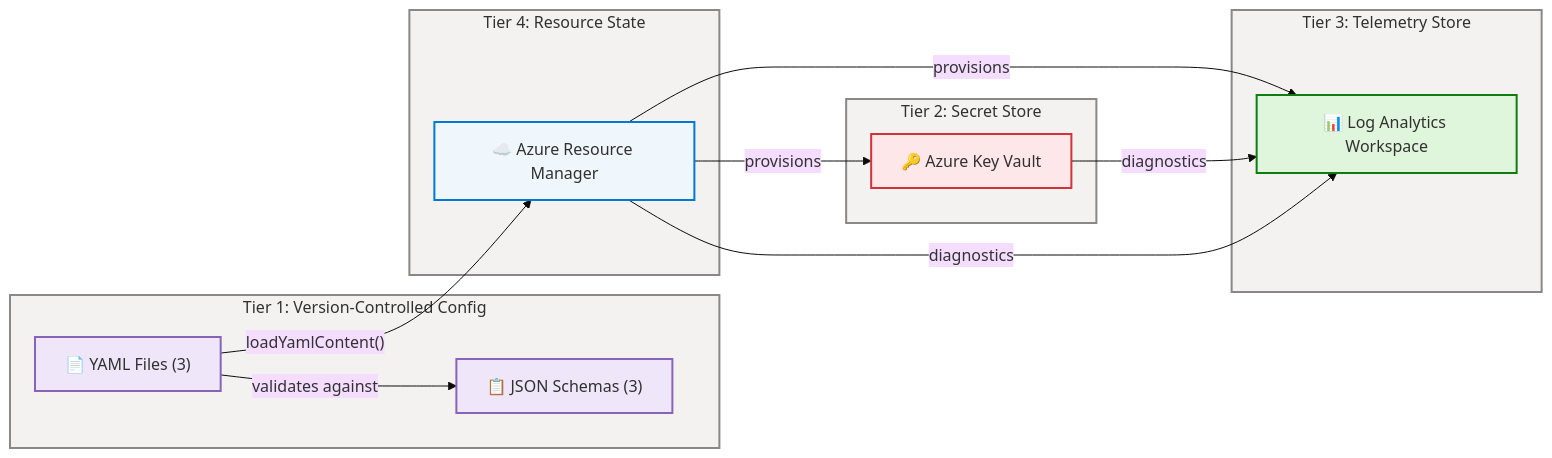
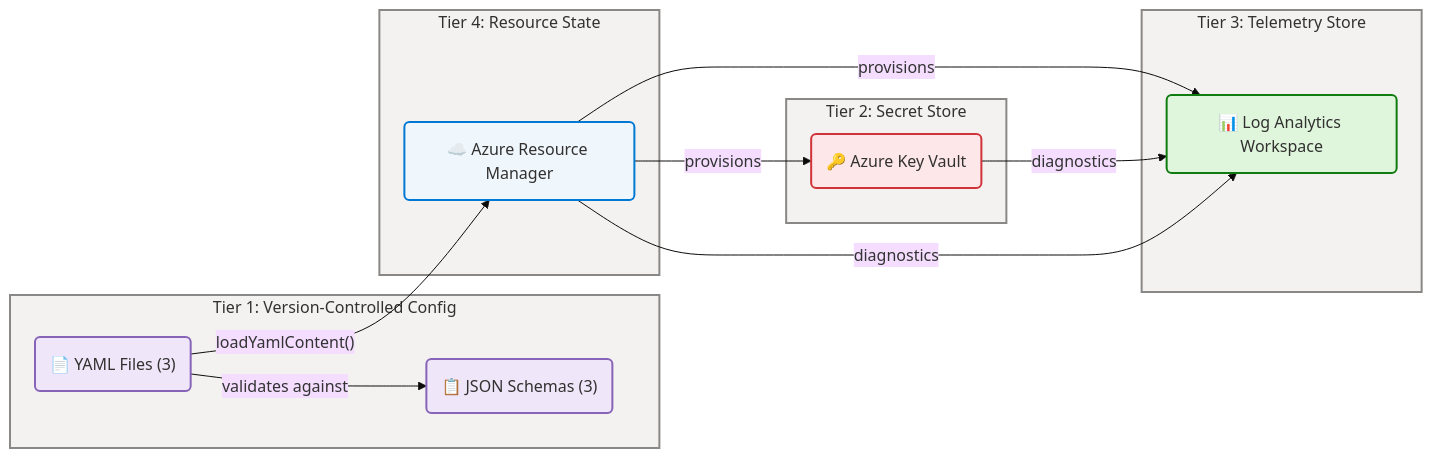
Before and after one commit to Evilazaro/DevExp-DevBox: the second of 14 diagrams in docs/architecture/data-architecture.md, drawn with Mermaid. The commit also changed other lines of this file, not shown here.

Commit message:
feat: refactor class definitions in data architecture diagrams for consistency

````diff
--- a/docs/architecture/data-architecture.md
+++ b/docs/architecture/data-architecture.md
@@ -268,57 +268,57 @@
 ```mermaid
 ---
 config:
   theme: base
   look: classic
   layout: dagre
   themeVariables:
     fontSize: "16px"
 ---
 flowchart LR
     accTitle: DevExp-DevBox Storage Tier Architecture
     accDescr: Shows the four storage tiers from version-controlled config files through Azure managed services
 
     %% ═══════════════════════════════════════════════════════════════════════════
     %% AZURE / FLUENT ARCHITECTURE PATTERN v1.1
     %% (Semantic + Structural + Font + Accessibility Governance)
     %% ═══════════════════════════════════════════════════════════════════════════
     %% PHASE 1 - FLUENT UI: All styling uses approved Fluent UI palette only
     %% PHASE 2 - GROUPS: Every subgraph has semantic color via style directive
     %% PHASE 3 - COMPONENTS: Every node has semantic classDef + icon prefix
     %% PHASE 4 - ACCESSIBILITY: accTitle/accDescr present, WCAG AA contrast
     %% PHASE 5 - STANDARD: Governance block present, classDefs centralized
     %% ═══════════════════════════════════════════════════════════════════════════
 
-    classDef data fill:#F0E6FA,stroke:#8764B8,stroke-width:2px,color:#323130
-    classDef core fill:#EFF6FC,stroke:#0078D4,stroke-width:2px,color:#323130
-    classDef danger fill:#FDE7E9,stroke:#D13438,stroke-width:2px,color:#323130
-    classDef success fill:#DFF6DD,stroke:#107C10,stroke-width:2px,color:#323130
-
     subgraph Tier1["Tier 1: Version-Controlled Config"]
-        YAML["📄 YAML Files (3)"]:::data
-        SCHEMA["📋 JSON Schemas (3)"]:::data
+        YAML("📄 YAML Files (3)"):::data
+        SCHEMA("📋 JSON Schemas (3)"):::data
     end
     style Tier1 fill:#F3F2F1,stroke:#8A8886,stroke-width:2px,color:#323130
 
     subgraph Tier2["Tier 2: Secret Store"]
-        KVS["🔑 Azure Key Vault"]:::danger
+        KVS("🔑 Azure Key Vault"):::danger
     end
     style Tier2 fill:#F3F2F1,stroke:#8A8886,stroke-width:2px,color:#323130
 
     subgraph Tier3["Tier 3: Telemetry Store"]
-        LAS["📊 Log Analytics Workspace"]:::success
+        LAS("📊 Log Analytics Workspace"):::success
     end
     style Tier3 fill:#F3F2F1,stroke:#8A8886,stroke-width:2px,color:#323130
 
     subgraph Tier4["Tier 4: Resource State"]
-        ARM["☁️ Azure Resource Manager"]:::core
+        ARM("☁️ Azure Resource Manager"):::core
     end
     style Tier4 fill:#F3F2F1,stroke:#8A8886,stroke-width:2px,color:#323130
 
     YAML -->|"validates against"| SCHEMA
     YAML -->|"loadYamlContent()"| ARM
     ARM -->|"provisions"| KVS
     ARM -->|"provisions"| LAS
     KVS -->|"diagnostics"| LAS
     ARM -->|"diagnostics"| LAS
+
+    classDef data fill:#F0E6FA,stroke:#8764B8,stroke-width:2px,color:#323130
+    classDef core fill:#EFF6FC,stroke:#0078D4,stroke-width:2px,color:#323130
+    classDef danger fill:#FDE7E9,stroke:#D13438,stroke-width:2px,color:#323130
+    classDef success fill:#DFF6DD,stroke:#107C10,stroke-width:2px,color:#323130
 ```
````
